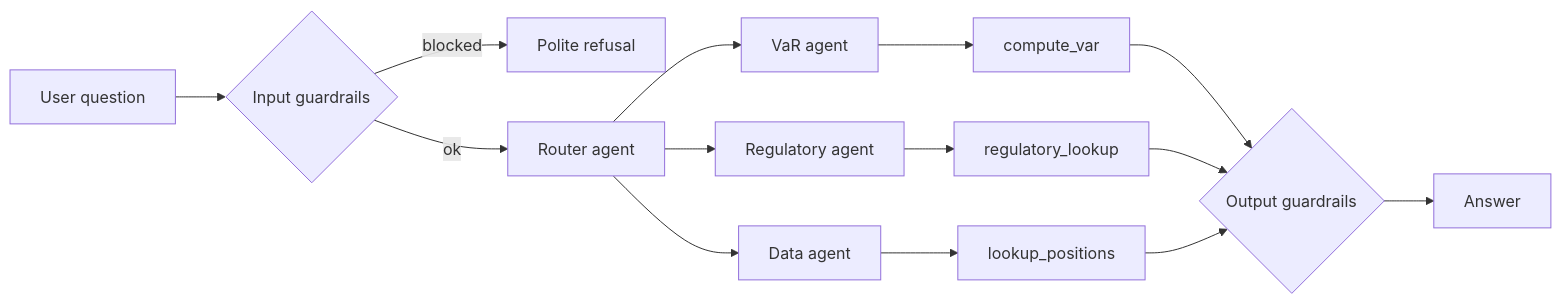
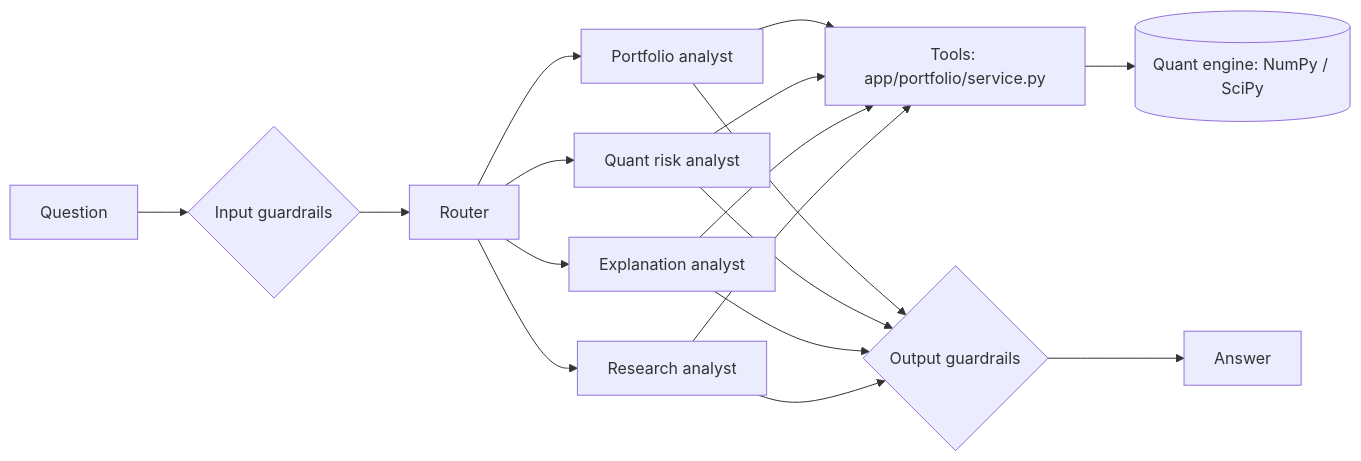
One commit to shrutiigoyal/market-risk-assistant changed the diagram in README.md. Above: the diagram before and after it, drawn with Mermaid. The commit also changed other lines of this file and 34 other files, not shown here.

Commit message:
Rebuild as multi-asset Quant Risk Copilot

````diff
--- a/README.md
+++ b/README.md
@@ -13,16 +24,8 @@
 ```mermaid
 flowchart LR
-    U[User question] --> IG{Input guardrails}
-    IG -- blocked --> B[Polite refusal]
-    IG -- ok --> R[Router agent]
-    R --> V[VaR agent]
-    R --> Q[Regulatory agent]
-    R --> D[Data agent]
-    V --> T1[compute_var]
-    Q --> T2[regulatory_lookup]
-    D --> T3[lookup_positions]
-    T1 --> OG{Output guardrails}
-    T2 --> OG
-    T3 --> OG
-    OG --> A[Answer]
+    U[Question] --> G{Input guardrails} --> R[Router]
+    R --> P[Portfolio analyst] & Q[Quant risk analyst] & X[Explanation analyst] & S[Research analyst]
+    P & Q & X & S --> T[Tools: app/portfolio/service.py]
+    T --> E[(Quant engine: NumPy / SciPy)]
+    P & Q & X & S --> O{Output guardrails} --> A[Answer]
 ```
````
